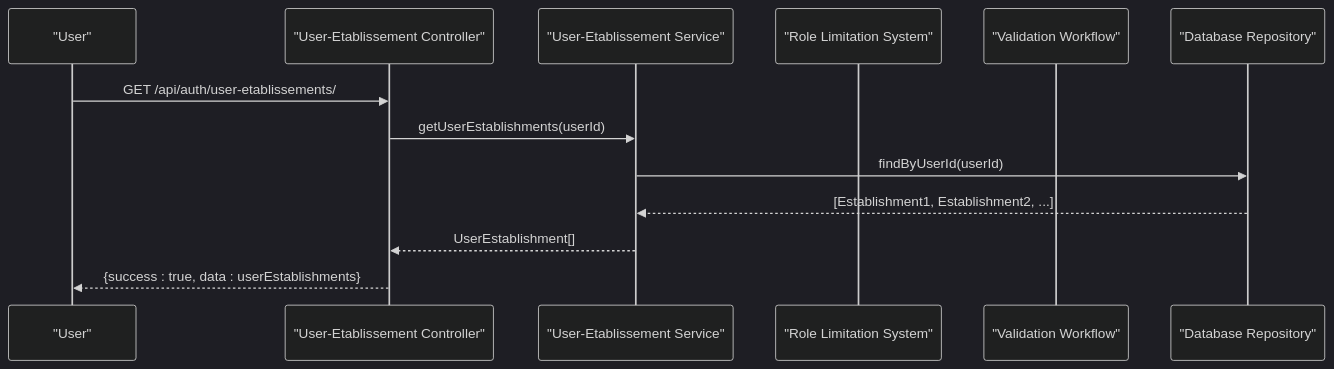
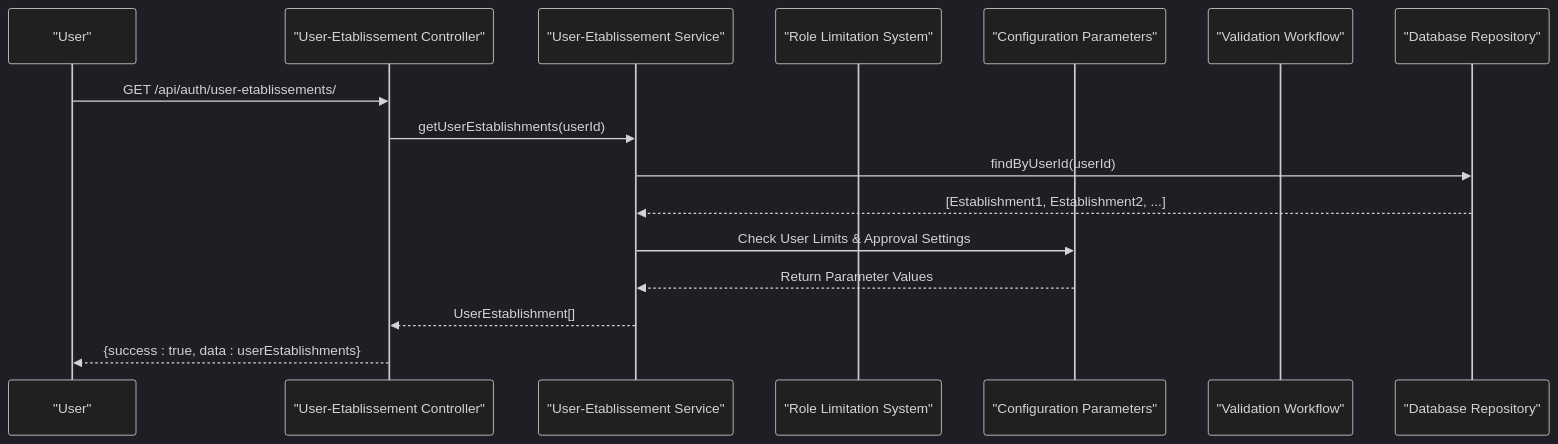
Before and after one commit to franckylab/eLISAschool: diagram 14 of 19 in .qoder/repowiki/en/content/Modules & Features/Administrative Modules/Establishment Management.md, drawn with Mermaid (dark theme). The commit also changed other lines of this file and 155 other files, not shown here.

````diff
--- a/.qoder/repowiki/en/content/Modules & Features/Administrative Modules/Establishment Management.md
+++ b/.qoder/repowiki/en/content/Modules & Features/Administrative Modules/Establishment Management.md
@@ -609,15 +758,18 @@
 ```mermaid
 sequenceDiagram
 participant User as "User"
 participant Controller as "User-Etablissement Controller"
 participant Service as "User-Etablissement Service"
 participant Limitation as "Role Limitation System"
+participant ConfigParams as "Configuration Parameters"
 participant Validation as "Validation Workflow"
 participant Repo as "Database Repository"
 User->>Controller : GET /api/auth/user-etablissements/
 Controller->>Service : getUserEstablishments(userId)
 Service->>Repo : findByUserId(userId)
 Repo-->>Service : [Establishment1, Establishment2, ...]
+Service->>ConfigParams : Check User Limits & Approval Settings
+ConfigParams-->>Service : Return Parameter Values
 Service-->>Controller : UserEstablishment[]
 Controller-->>User : {success : true, data : userEstablishments}
 ```
````
